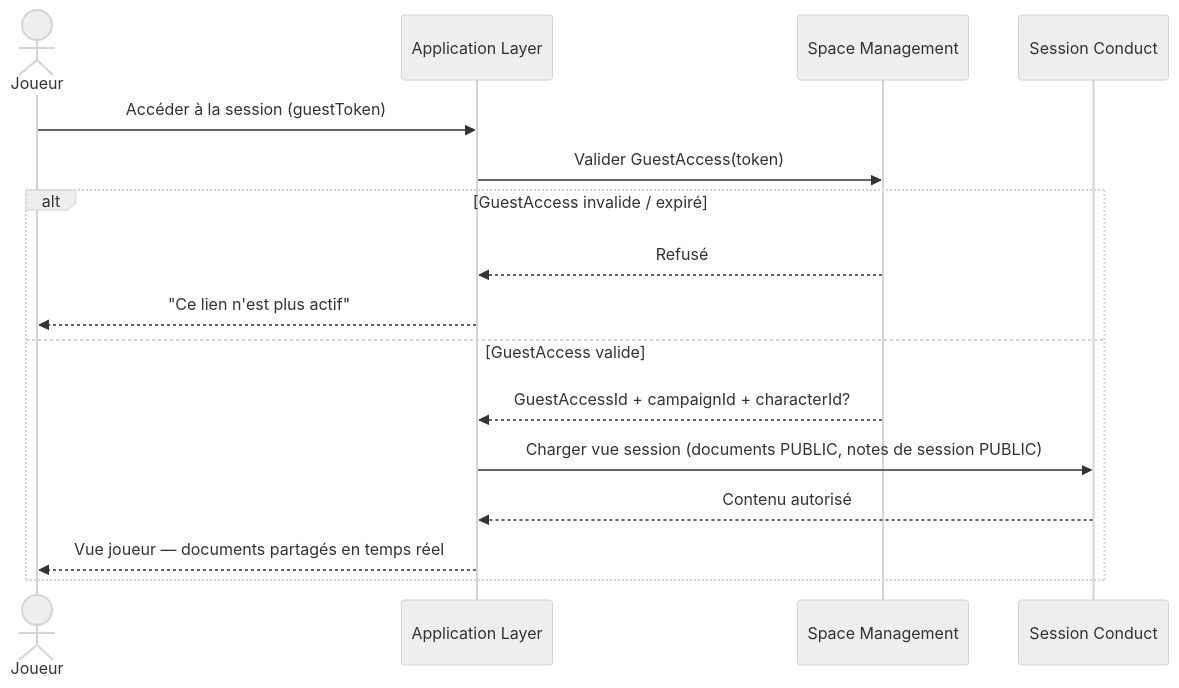
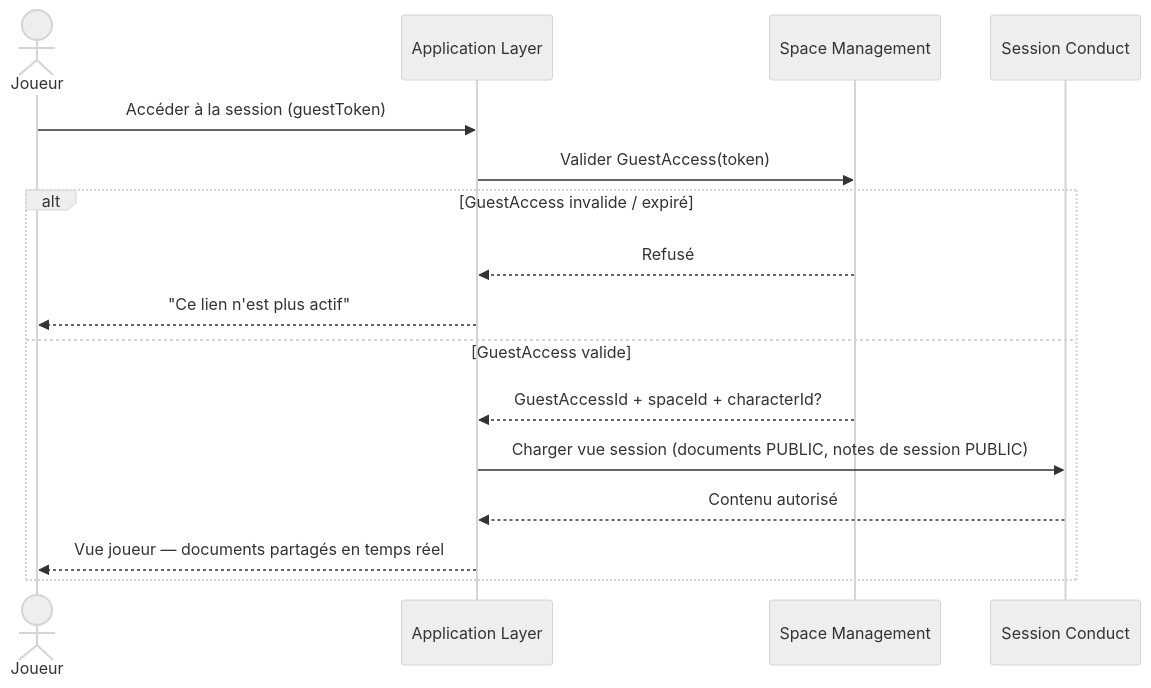
Before and after one commit to 2025-10-CDA-ECO-P6/PM-micro-saas: the ninth of 9 diagrams in docs/conception/domain/diagrams/flows/session-conduct.md, drawn with Mermaid (neutral theme). The commit also changed other lines of this file and 68 other files, not shown here.

First line of the commit message:
docs(corpus): renomme Campaign en Space et ajoute les spécifications techniques

````diff
--- a/docs/conception/domain/diagrams/flows/session-conduct.md
+++ b/docs/conception/domain/diagrams/flows/session-conduct.md
@@ -142,19 +142,19 @@
 ```mermaid
 sequenceDiagram
     actor Joueur
     participant App as Application Layer
-    participant CM as Space Management
+    participant SM as Space Management
     participant SC as Session Conduct
 
     Joueur->>App: Accéder à la session (guestToken)
-    App->>CM: Valider GuestAccess(token)
+    App->>SM: Valider GuestAccess(token)
     alt GuestAccess invalide / expiré
-        CM-->>App: Refusé
+        SM-->>App: Refusé
         App-->>Joueur: "Ce lien n'est plus actif"
     else GuestAccess valide
-        CM-->>App: GuestAccessId + campaignId + characterId?
+        SM-->>App: GuestAccessId + spaceId + characterId?
         App->>SC: Charger vue session (documents PUBLIC, notes de session PUBLIC)
         SC-->>App: Contenu autorisé
         App-->>Joueur: Vue joueur — documents partagés en temps réel
     end
 ```
````
